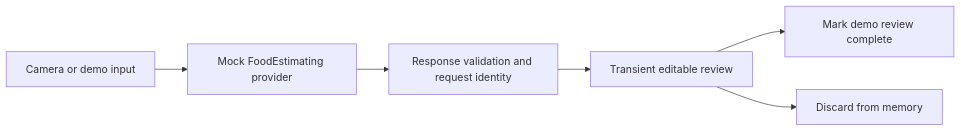
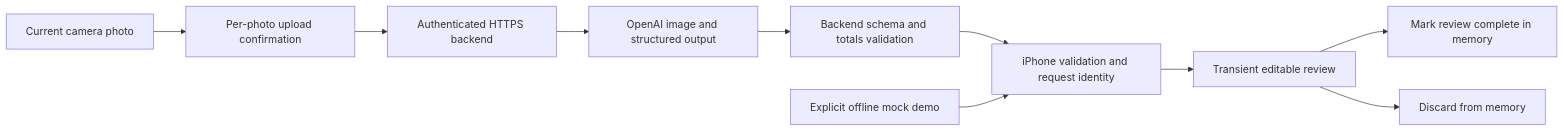
The diagram in docs/ai-food-recognition.md (jhardorp/LoopWorkspace), drawn with Mermaid before and after one commit. The commit also changed other lines of this file and 25 other files, not shown here.

Commit message:
Add opt-in OpenAI meal review and authenticated free-tier backend

````diff
--- a/docs/ai-food-recognition.md
+++ b/docs/ai-food-recognition.md
@@ -32,8 +32,12 @@
 ```mermaid
 flowchart LR
-    Camera[Camera or demo input] --> Mock[Mock FoodEstimating provider]
-    Mock --> Validation[Response validation and request identity]
+    Camera[Current camera photo] --> Consent[Per-photo upload confirmation]
+    Consent --> HTTPS[Authenticated HTTPS backend]
+    HTTPS --> OpenAI[OpenAI image and structured output]
+    OpenAI --> BackendValidation[Backend schema and totals validation]
+    BackendValidation --> Validation[iPhone validation and request identity]
+    Demo[Explicit offline mock demo] --> Validation
     Validation --> Review[Transient editable review]
-    Review --> Finish[Mark demo review complete]
+    Review --> Finish[Mark review complete in memory]
     Review --> Discard[Discard from memory]
 ```
````
